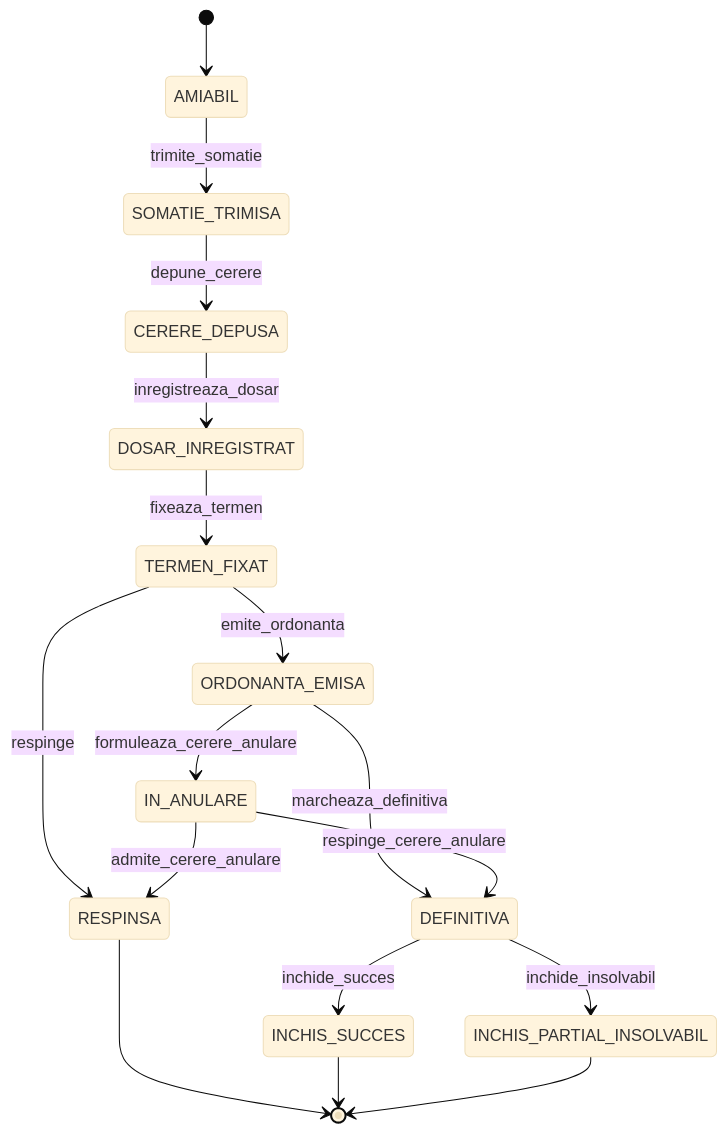
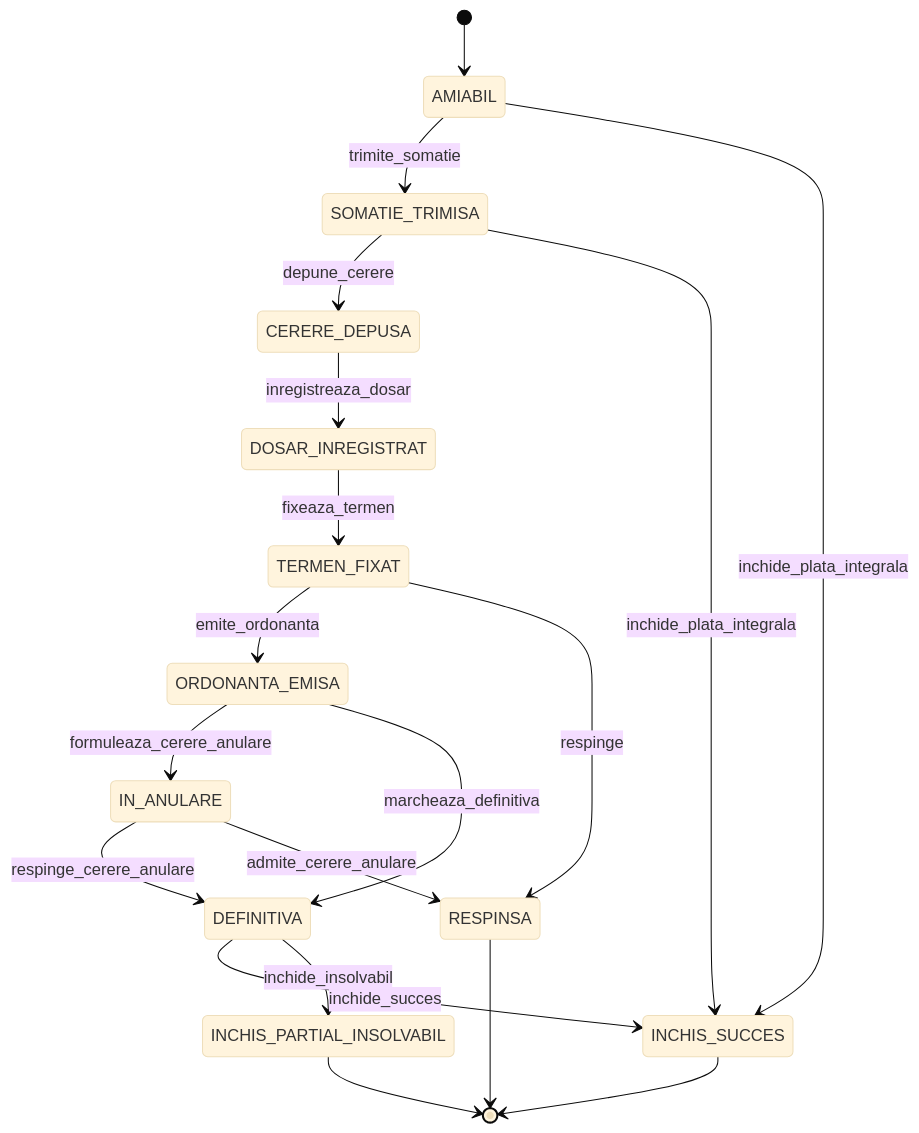
Before and after one commit to alexcaciulan/symfony-mvp: the third of 3 diagrams in docs/LexRecovery/ANALIZA-FLUXURI-LEXRECOVERY.md, drawn with Mermaid (base theme). The commit also changed other lines of this file and 57 other files, not shown here.

````diff
--- a/docs/LexRecovery/ANALIZA-FLUXURI-LEXRECOVERY.md
+++ b/docs/LexRecovery/ANALIZA-FLUXURI-LEXRECOVERY.md
@@ -282,19 +282,21 @@
 ```mermaid
 stateDiagram-v2
     [*] --> AMIABIL
     AMIABIL --> SOMATIE_TRIMISA: trimite_somatie
     SOMATIE_TRIMISA --> CERERE_DEPUSA: depune_cerere
     CERERE_DEPUSA --> DOSAR_INREGISTRAT: inregistreaza_dosar
     DOSAR_INREGISTRAT --> TERMEN_FIXAT: fixeaza_termen
     TERMEN_FIXAT --> ORDONANTA_EMISA: emite_ordonanta
     TERMEN_FIXAT --> RESPINSA: respinge
     ORDONANTA_EMISA --> IN_ANULARE: formuleaza_cerere_anulare
     ORDONANTA_EMISA --> DEFINITIVA: marcheaza_definitiva
     IN_ANULARE --> DEFINITIVA: respinge_cerere_anulare
     IN_ANULARE --> RESPINSA: admite_cerere_anulare
+    AMIABIL --> INCHIS_SUCCES: inchide_plata_integrala
+    SOMATIE_TRIMISA --> INCHIS_SUCCES: inchide_plata_integrala
     DEFINITIVA --> INCHIS_SUCCES: inchide_succes
     DEFINITIVA --> INCHIS_PARTIAL_INSOLVABIL: inchide_insolvabil
     RESPINSA --> [*]
     INCHIS_SUCCES --> [*]
     INCHIS_PARTIAL_INSOLVABIL --> [*]
 ```
````
